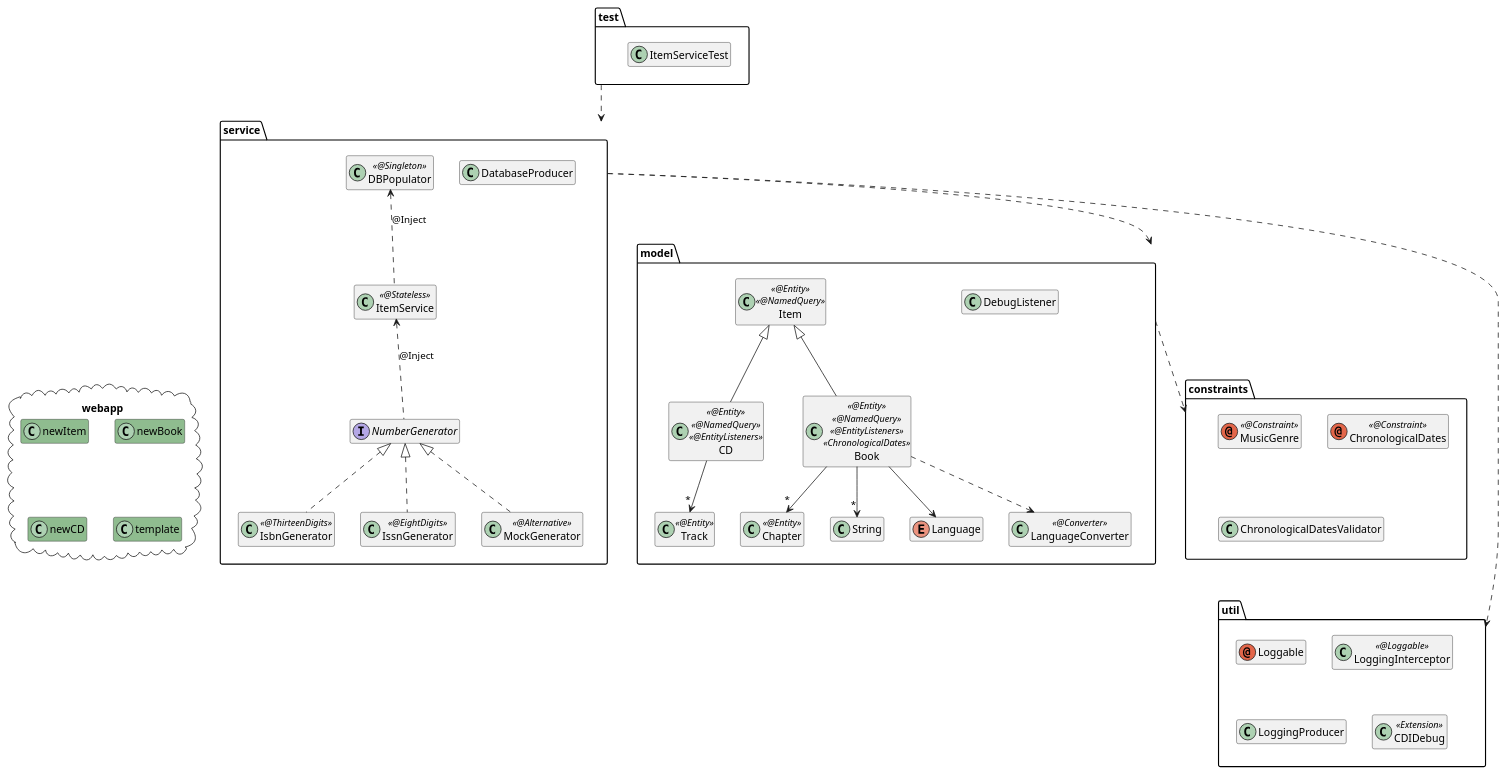
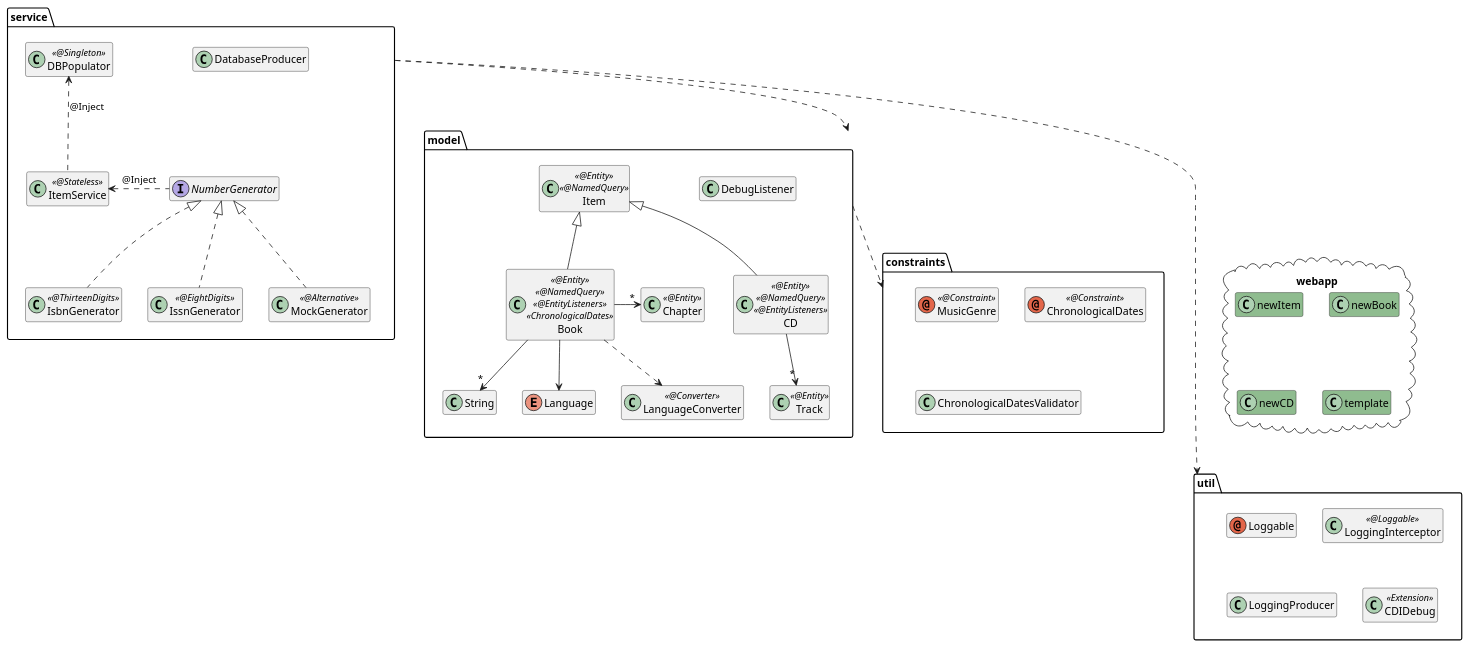
One commit to agoncal/agoncal-training-javaee7 changed the diagram in 14-JSF/demo14.puml. Above: the diagram before and after it, drawn with PlantUML. The commit also changed 29 other files, not shown here.

Commit message:
Updating diagrams

```diff
--- a/14-JSF/demo14.puml
+++ b/14-JSF/demo14.puml
@@ -1,70 +1,65 @@
 @startuml
 
 hide members
-
-package "test" {
-    class ItemServiceTest
-}
 
 package "webapp"  <<Cloud>> {
     class newItem  #8FBC8F
     class newBook  #8FBC8F
     class newCD  #8FBC8F
     class template  #8FBC8F
 }
 
 package "service" {
     interface NumberGenerator
     class IsbnGenerator << @ThirteenDigits >>
     class IssnGenerator << @EightDigits >>
     class MockGenerator << @Alternative >>
     class ItemService << @Stateless >>
     class DatabaseProducer
     class DBPopulator << @Singleton >>
 
-    ItemService <.. NumberGenerator : @Inject
-    DBPopulator <.. ItemService : @Inject
+    ItemService <.right. NumberGenerator : @Inject
+    DBPopulator <.down. ItemService : @Inject
     NumberGenerator <|.. IsbnGenerator
     NumberGenerator <|.. IssnGenerator
     NumberGenerator <|.. MockGenerator
 }
 
 package "model" {
     class DebugListener
     class Item << @Entity >> << @NamedQuery >>
     class CD << @Entity >> << @NamedQuery >> << @EntityListeners >>
     class Track << @Entity >>
     class Chapter << @Entity >>
     class Book << @Entity >> << @NamedQuery >> << @EntityListeners >> << ChronologicalDates >>
     class String
     enum Language
     class LanguageConverter << @Converter >>
 
     Item <|-- CD
     Item <|-- Book
     CD --> "*" Track
     Book --> "*" String
-    Book --> "*" Chapter
+    Book -right-> "*" Chapter
     Book --> Language
     Book ..> LanguageConverter
 }
 
 package "constraints" {
     annotation MusicGenre << @Constraint >>
     annotation ChronologicalDates << @Constraint >>
     class ChronologicalDatesValidator
 }
 
 package "util" {
     annotation Loggable
     class LoggingInterceptor << @Loggable >>
     class LoggingProducer
     class CDIDebug << Extension >>
 }
 
-test ..> service
 service ..> model
 service ..> util
 model ..> constraints
 
 @enduml
```
